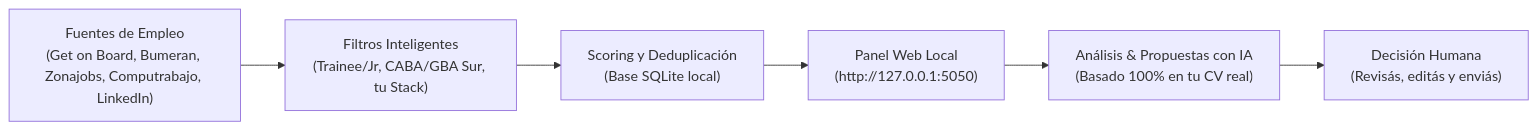
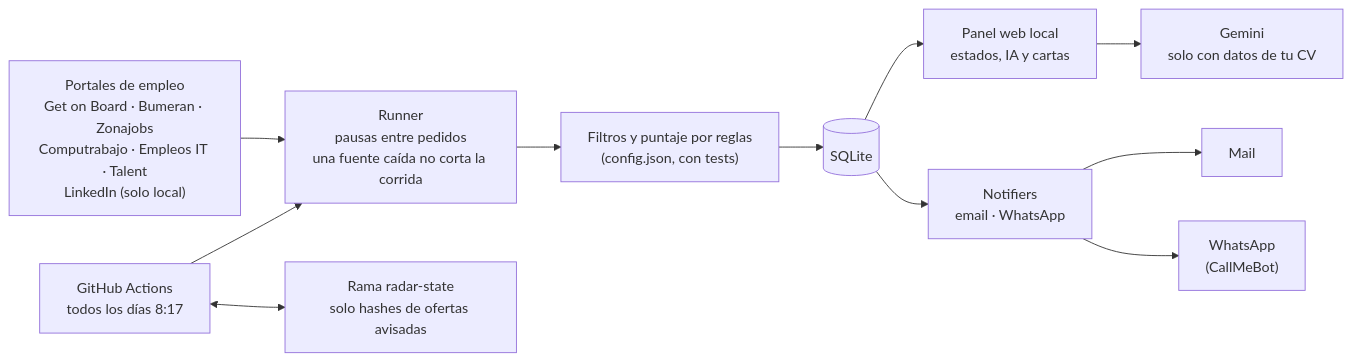
Before and after one commit to saos1739/ayudante-de-empleo: the diagram in README.md, drawn with Mermaid. The commit also changed other lines of this file and 1 other file, not shown here.

````diff
--- a/README.md
+++ b/README.md
@@ -24,8 +38,13 @@
 ```mermaid
 flowchart LR
-    A["Fuentes de Empleo<br>(Get on Board, Bumeran, Zonajobs, Computrabajo, LinkedIn)"] --> B["Filtros Inteligentes<br>(Trainee/Jr, CABA/GBA Sur, tu Stack)"]
-    B --> C["Scoring y Deduplicación<br>(Base SQLite local)"]
-    C --> D["Panel Web Local<br>(http://127.0.0.1:5050)"]
-    D --> E["Análisis & Propuestas con IA<br>(Basado 100% en tu CV real)"]
-    E --> F["Decisión Humana<br>(Revisás, editás y enviás)"]
+    S["Portales de empleo<br>Get on Board · Bumeran · Zonajobs<br>Computrabajo · Empleos IT · Talent<br>LinkedIn (solo local)"] --> R["Runner<br>pausas entre pedidos<br>una fuente caída no corta la corrida"]
+    R --> F["Filtros y puntaje por reglas<br>(config.json, con tests)"]
+    F --> DB[("SQLite")]
+    DB --> P["Panel web local<br>estados, IA y cartas"]
+    P --> AI["Gemini<br>solo con datos de tu CV"]
+    DB --> N["Notifiers<br>email · WhatsApp"]
+    N --> M["Mail"]
+    N --> W["WhatsApp<br>(CallMeBot)"]
+    GH["GitHub Actions<br>todos los días 8:17"] --> R
+    GH <--> ST["Rama radar-state<br>solo hashes de ofertas avisadas"]
 ```
````
